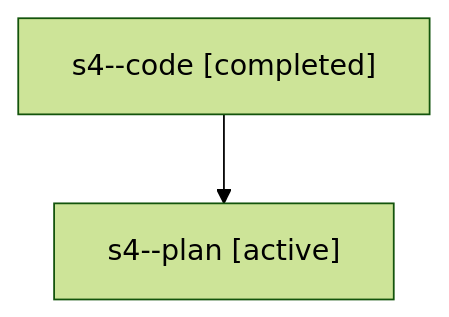
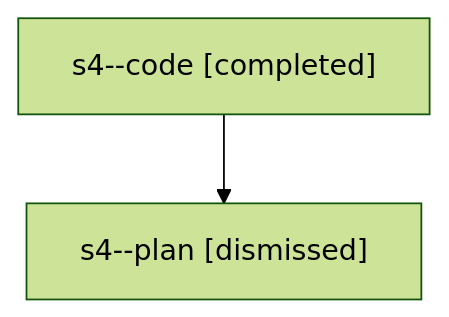
One commit to sase-org/sase--agents changed the diagram in sessions/bbugyi200.athena.s4.md. Above: the diagram before and after it, drawn with Mermaid (forest theme). The commit also changed other lines of this file and 22 other files, not shown here.

````diff
--- a/sessions/bbugyi200.athena.s4.md
+++ b/sessions/bbugyi200.athena.s4.md
@@ -9,6 +9,6 @@
 ```mermaid
 flowchart TD
   n0["s4--code [completed]"]
-  n1["s4--plan [active]"]
+  n1["s4--plan [dismissed]"]
   n0 --> n1
 ```
````
